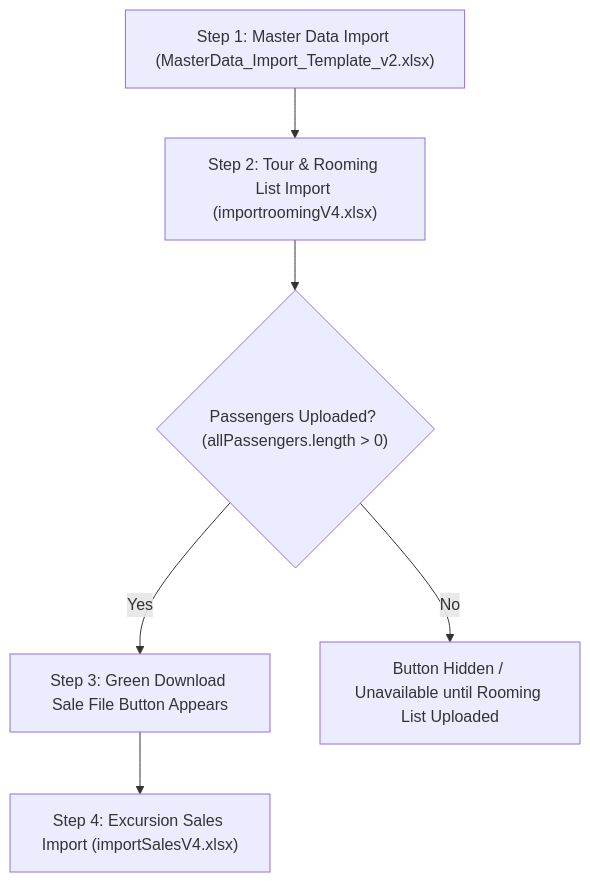
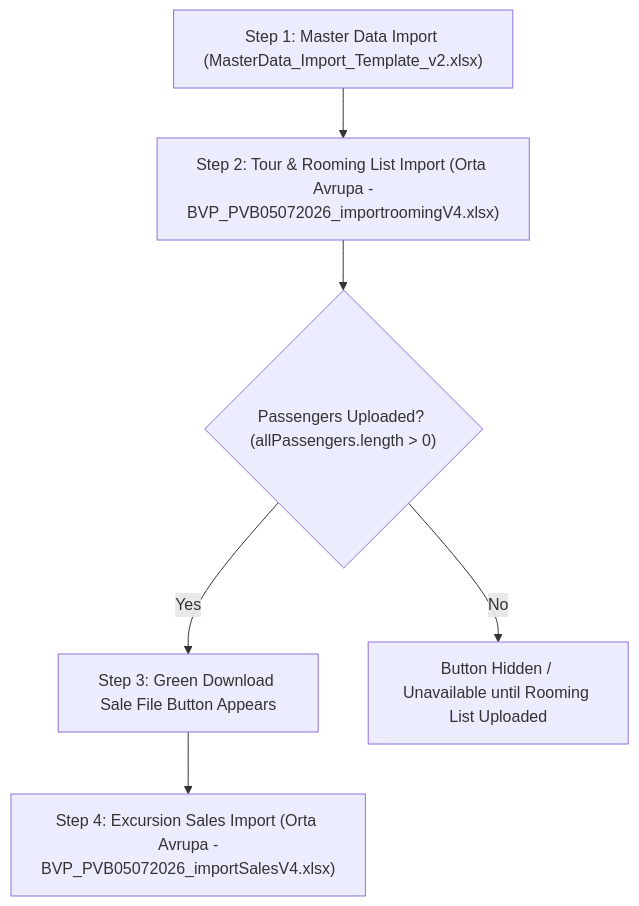
The diagram in UserManuals/EXCEL_IMPORT_WORKFLOW_GUIDE.md (GErsenCelebi/UNO_ERP), drawn with Mermaid before and after one commit. The commit also changed other lines of this file and 1 other file, not shown here.

Commit message:
docs(ai): Update EXCEL_IMPORT_WORKFLOW_GUIDE.md to strictly reference Shared Drive/UnoERP/ExcelImportFiles path and only the 3 official file names

````diff
--- a/UserManuals/EXCEL_IMPORT_WORKFLOW_GUIDE.md
+++ b/UserManuals/EXCEL_IMPORT_WORKFLOW_GUIDE.md
@@ -19,8 +21,8 @@
 ```mermaid
 flowchart TD
-    A["Step 1: Master Data Import (MasterData_Import_Template_v2.xlsx)"] --> B["Step 2: Tour & Rooming List Import (importroomingV4.xlsx)"]
+    A["Step 1: Master Data Import (MasterData_Import_Template_v2.xlsx)"] --> B["Step 2: Tour & Rooming List Import (Orta Avrupa -BVP_PVB05072026_importroomingV4.xlsx)"]
     B --> C{"Passengers Uploaded? (allPassengers.length > 0)"}
     C -- Yes --> D["Step 3: Green Download Sale File Button Appears"]
     C -- No --> E["Button Hidden / Unavailable until Rooming List Uploaded"]
-    D --> F["Step 4: Excursion Sales Import (importSalesV4.xlsx)"]
+    D --> F["Step 4: Excursion Sales Import (Orta Avrupa -BVP_PVB05072026_importSalesV4.xlsx)"]
 ```
````
